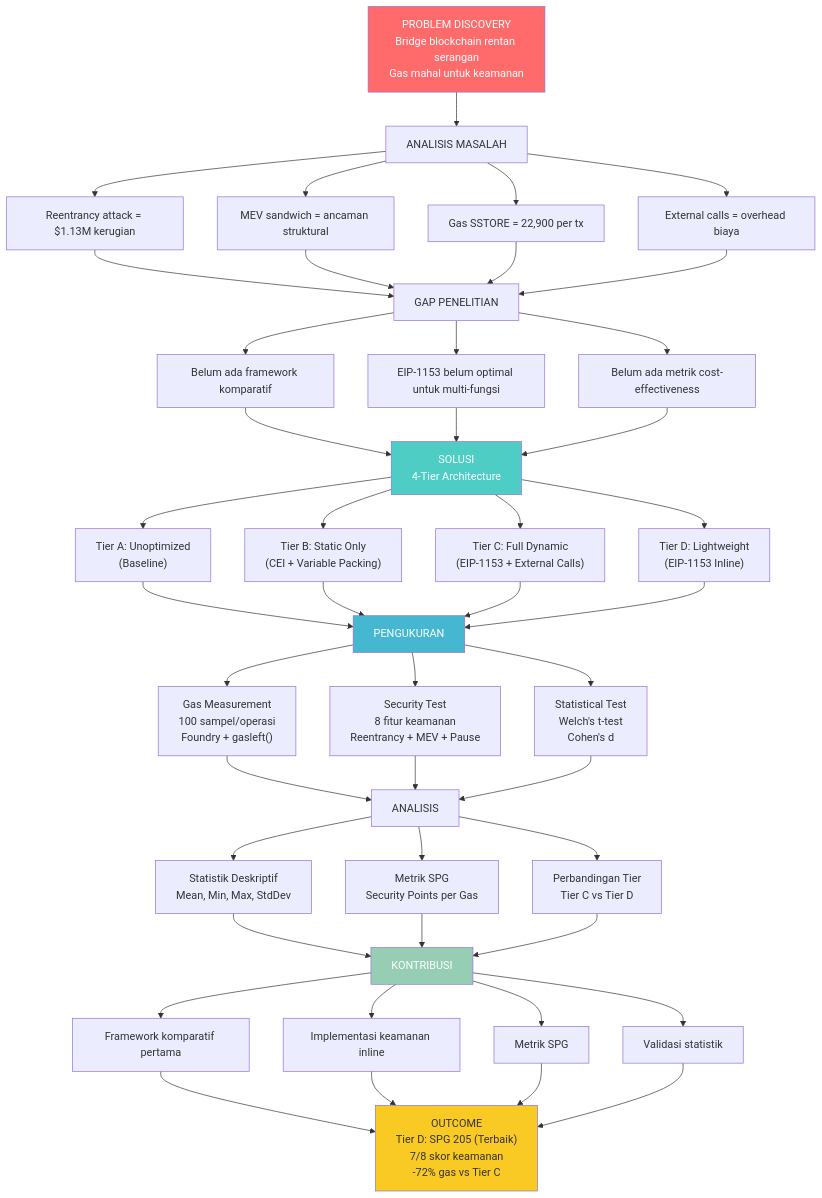
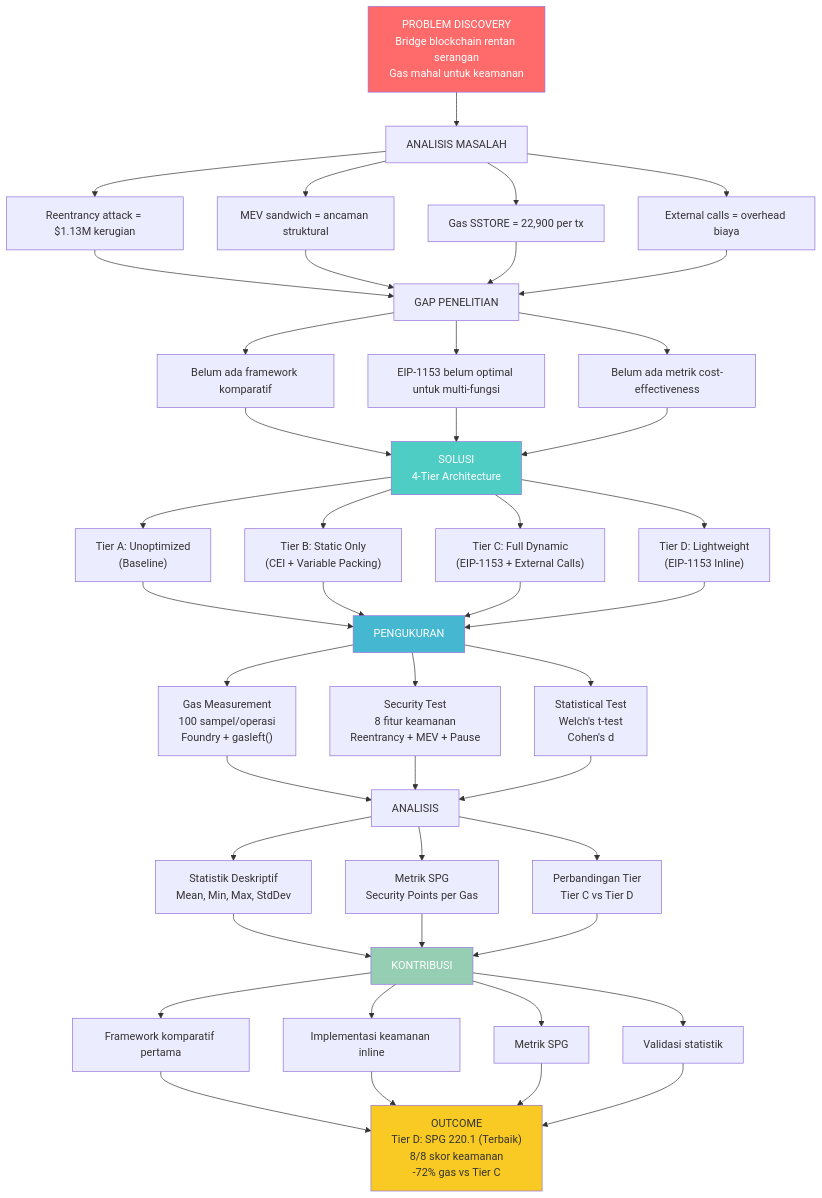
Before and after one commit to Zhee1112/SmartContract: the diagram in docs/sempro/MINDMAP_SEMPRO.md, drawn with Mermaid. The commit also changed 5 other files, not shown here.

Commit message:
Update mind maps and evidence with corrected security scores (Tier D: 8/8)

````diff
--- a/docs/sempro/MINDMAP_SEMPRO.md
+++ b/docs/sempro/MINDMAP_SEMPRO.md
@@ -5,64 +5,64 @@
 ```mermaid
 graph TD
     A["PROBLEM DISCOVERY<br/>Bridge blockchain rentan serangan<br/>Gas mahal untuk keamanan"] --> B["ANALISIS MASALAH"]
     
     B --> B1["Reentrancy attack = $1.13M kerugian"]
     B --> B2["MEV sandwich = ancaman struktural"]
     B --> B3["Gas SSTORE = 22,900 per tx"]
     B --> B4["External calls = overhead biaya"]
     
     B1 --> C["GAP PENELITIAN"]
     B2 --> C
     B3 --> C
     B4 --> C
     
     C --> C1["Belum ada framework komparatif"]
     C --> C2["EIP-1153 belum optimal untuk multi-fungsi"]
     C --> C3["Belum ada metrik cost-effectiveness"]
     
     C1 --> D["SOLUSI<br/>4-Tier Architecture"]
     C2 --> D
     C3 --> D
     
     D --> D1["Tier A: Unoptimized<br/>(Baseline)"]
     D --> D2["Tier B: Static Only<br/>(CEI + Variable Packing)"]
     D --> D3["Tier C: Full Dynamic<br/>(EIP-1153 + External Calls)"]
     D --> D4["Tier D: Lightweight<br/>(EIP-1153 Inline)"]
     
     D1 --> E["PENGUKURAN"]
     D2 --> E
     D3 --> E
     D4 --> E
     
     E --> E1["Gas Measurement<br/>100 sampel/operasi<br/>Foundry + gasleft()"]
     E --> E2["Security Test<br/>8 fitur keamanan<br/>Reentrancy + MEV + Pause"]
     E --> E3["Statistical Test<br/>Welch's t-test<br/>Cohen's d"]
     
     E1 --> F["ANALISIS"]
     E2 --> F
     E3 --> F
     
     F --> F1["Statistik Deskriptif<br/>Mean, Min, Max, StdDev"]
     F --> F2["Metrik SPG<br/>Security Points per Gas"]
     F --> F3["Perbandingan Tier<br/>Tier C vs Tier D"]
     
     F1 --> G["KONTRIBUSI"]
     F2 --> G
     F3 --> G
     
     G --> G1["Framework komparatif pertama"]
     G --> G2["Implementasi keamanan inline"]
     G --> G3["Metrik SPG"]
     G --> G4["Validasi statistik"]
     
-    G1 --> H["OUTCOME<br/>Tier D: SPG 205 (Terbaik)<br/>7/8 skor keamanan<br/>-72% gas vs Tier C"]
+    G1 --> H["OUTCOME<br/>Tier D: SPG 220.1 (Terbaik)<br/>8/8 skor keamanan<br/>-72% gas vs Tier C"]
     G2 --> H
     G3 --> H
     G4 --> H
 
     style A fill:#ff6b6b,color:#fff
     style D fill:#4ecdc4,color:#fff
     style E fill:#45b7d1,color:#fff
     style G fill:#96ceb4,color:#fff
     style H fill:#f9ca24,color:#333
 ```
````
